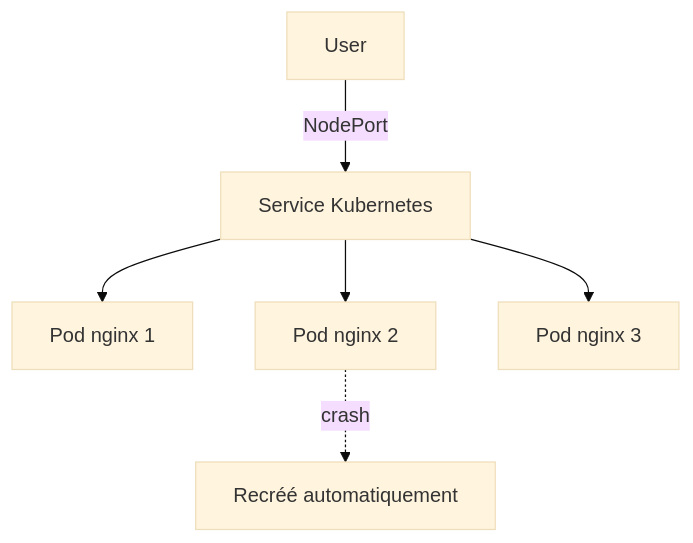
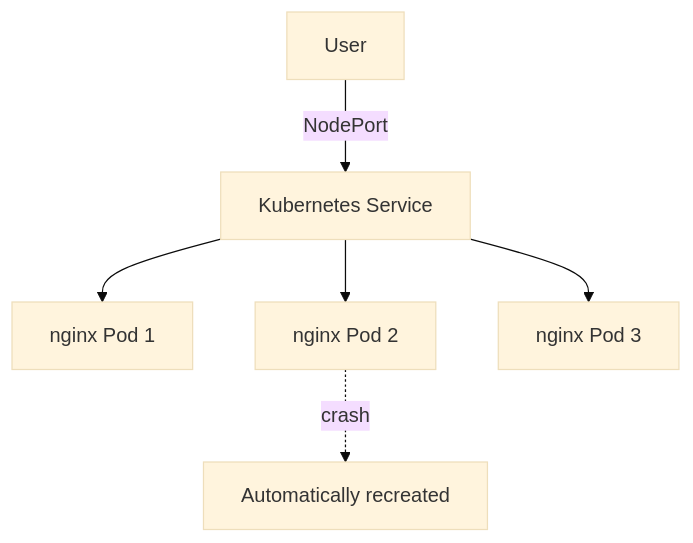
Before and after one commit to Giremuu/iia_techno-distrib: the sixth of 6 diagrams in README.md, drawn with Mermaid (base theme). The commit also changed other lines of this file, not shown here.

````diff
--- a/README.md
+++ b/README.md
@@ -142,8 +145,8 @@
 ```mermaid
 flowchart TD
-    User -->|NodePort| SVC[Service Kubernetes]
-    SVC --> P1[Pod nginx 1]
-    SVC --> P2[Pod nginx 2]
-    SVC --> P3[Pod nginx 3]
-    P2 -.->|crash| Restart["Recréé automatiquement"]
+    User -->|NodePort| SVC[Kubernetes Service]
+    SVC --> P1[nginx Pod 1]
+    SVC --> P2[nginx Pod 2]
+    SVC --> P3[nginx Pod 3]
+    P2 -.->|crash| R["Automatically recreated"]
 ```
````
